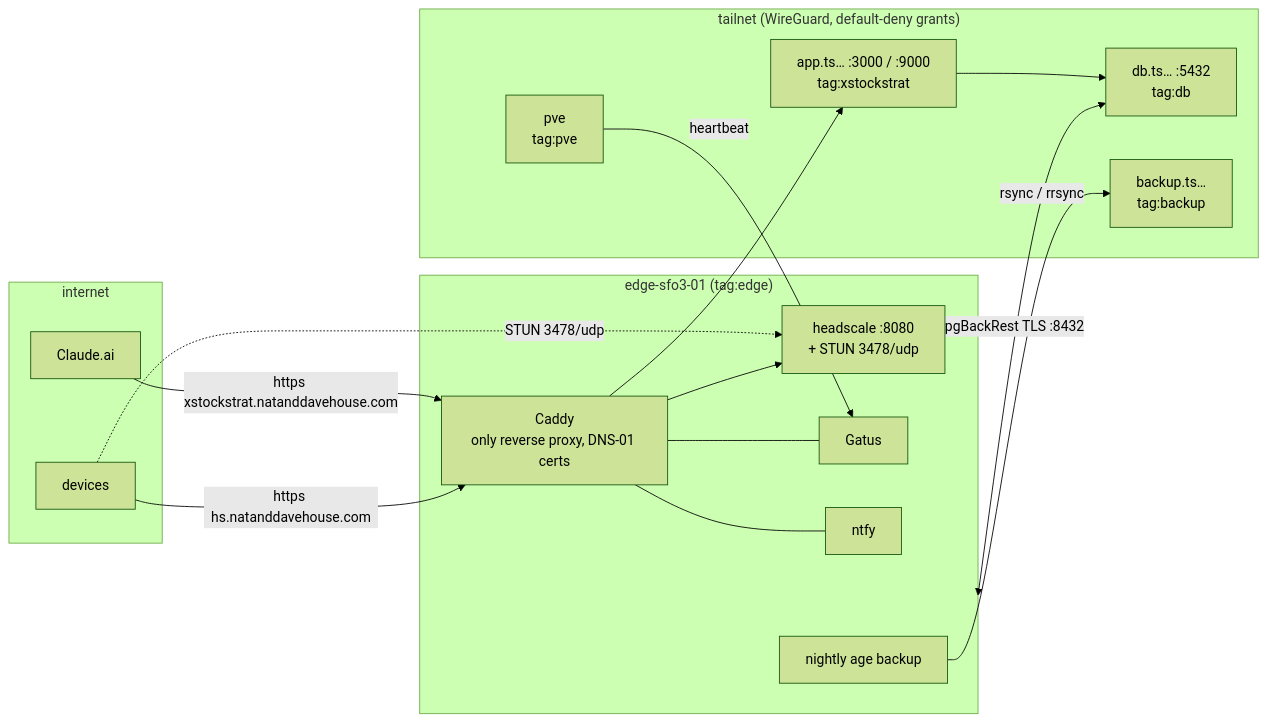
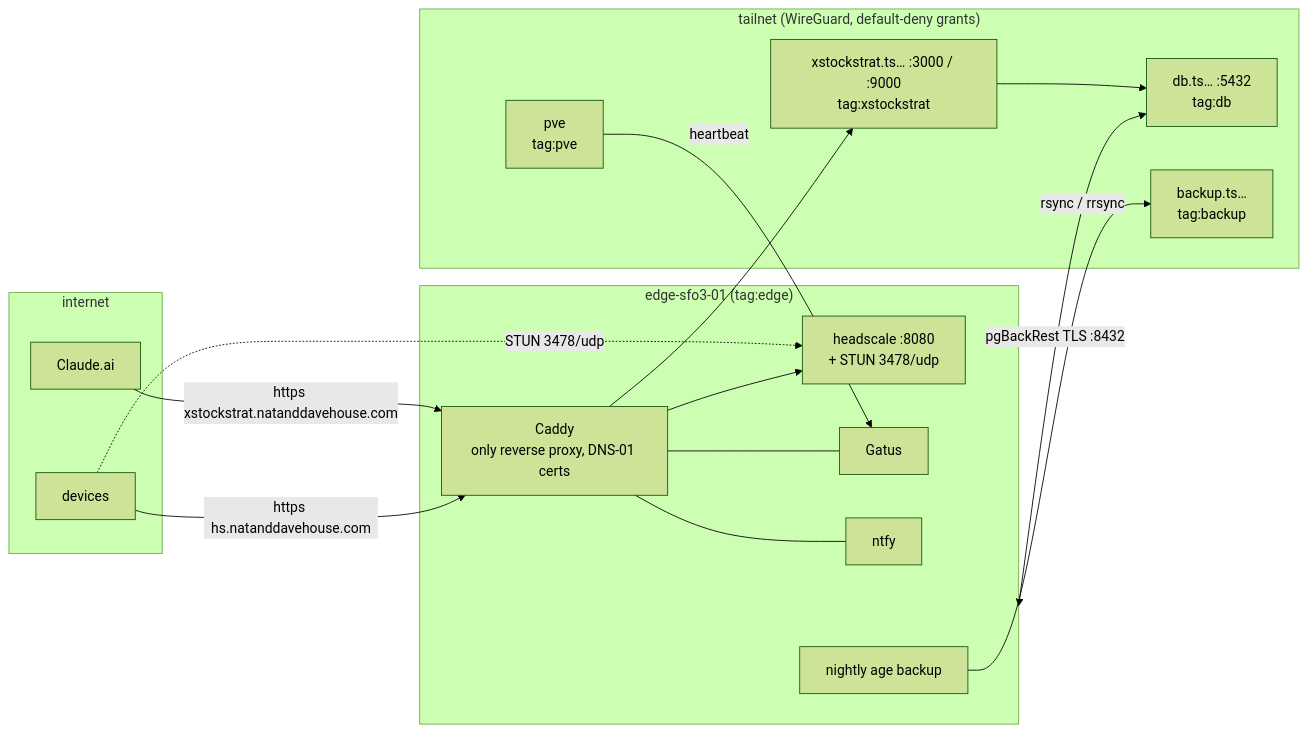
The diagram in README.md (davcs86/homelab-edge), drawn with Mermaid (forest theme) before and after one commit. The commit also changed 4 other files, not shown here.

First line of the commit message:
Hostnames follow workload tags: xstockstrat, xstockstrat-staging (was app)

````diff
--- a/README.md
+++ b/README.md
@@ -6,34 +6,34 @@
 ```mermaid
 flowchart LR
   subgraph internet["internet"]
     claude["Claude.ai"]
     devices["devices"]
   end
 
   subgraph edge["edge-sfo3-01 (tag:edge)"]
     caddy["Caddy<br/>only reverse proxy, DNS-01 certs"]
     headscale["headscale :8080<br/>+ STUN 3478/udp"]
     gatus["Gatus"]
     ntfy["ntfy"]
     backupjob["nightly age backup"]
   end
 
   subgraph tailnet["tailnet (WireGuard, default-deny grants)"]
-    app["app.ts… :3000 / :9000<br/>tag:xstockstrat"]
+    app["xstockstrat.ts… :3000 / :9000<br/>tag:xstockstrat"]
     db["db.ts… :5432<br/>tag:db"]
     pve["pve<br/>tag:pve"]
     backuphost["backup.ts…<br/>tag:backup"]
   end
 
   claude -- "https xstockstrat.natanddavehouse.com" --> caddy
   devices -- "https hs.natanddavehouse.com" --> caddy
   devices -. "STUN 3478/udp" .-> headscale
   caddy --> headscale
   caddy --> app
   caddy --- gatus
   caddy --- ntfy
   app --> db
   db <-- "pgBackRest TLS :8432" --> edge
   pve -- "heartbeat" --> gatus
   backupjob -- "rsync / rrsync" --> backuphost
 ```
````
